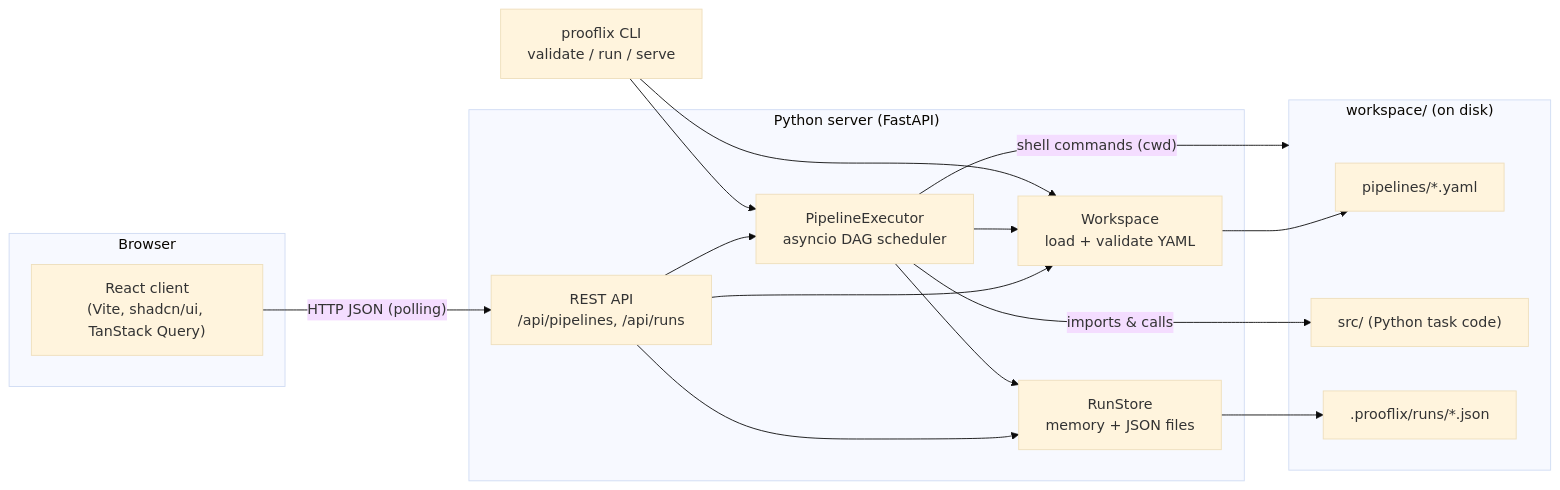
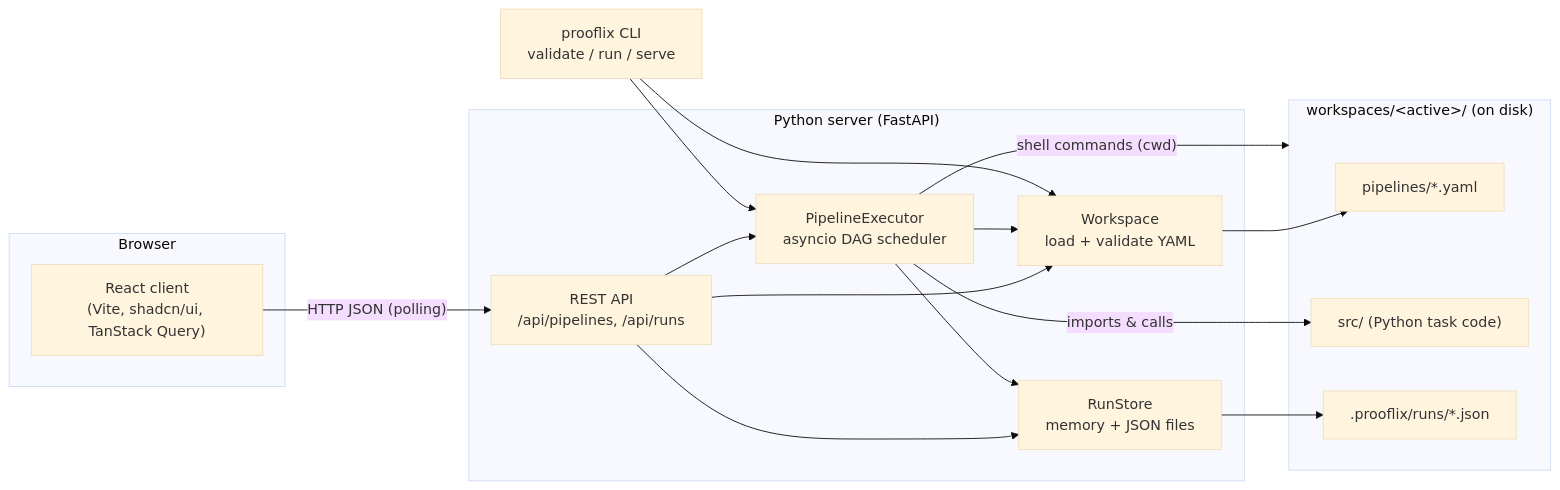
One commit to ilanamarpersonal/prooflix-core changed the first of 2 diagrams in docs/architecture.md. Above: the diagram before and after it, drawn with Mermaid (base theme). The commit also changed other lines of this file and 18 other files, not shown here.

First line of the commit message:
Make workspaces/ a folder of workspaces, with the first one active

````diff
--- a/docs/architecture.md
+++ b/docs/architecture.md
@@ -5,34 +5,34 @@
 ```mermaid
 flowchart LR
     subgraph Browser
         UI["React client<br/>(Vite, shadcn/ui, TanStack Query)"]
     end
 
     subgraph Server["Python server (FastAPI)"]
         API["REST API<br/>/api/pipelines, /api/runs"]
         WS["Workspace<br/>load + validate YAML"]
         EX["PipelineExecutor<br/>asyncio DAG scheduler"]
         ST["RunStore<br/>memory + JSON files"]
     end
 
-    subgraph Workspace["workspace/ (on disk)"]
+    subgraph Workspace["workspaces/&lt;active&gt;/ (on disk)"]
         PY["pipelines/*.yaml"]
         SRC["src/ (Python task code)"]
         RUNS[".prooflix/runs/*.json"]
     end
 
     CLI["prooflix CLI<br/>validate / run / serve"]
 
     UI -- "HTTP JSON (polling)" --> API
     API --> WS
     API --> EX
     API --> ST
     EX --> WS
     EX --> ST
     WS --> PY
     EX -- "imports & calls" --> SRC
     EX -- "shell commands (cwd)" --> Workspace
     ST --> RUNS
     CLI --> WS
     CLI --> EX
 ```
````
